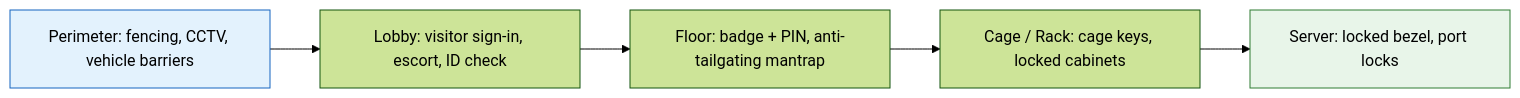
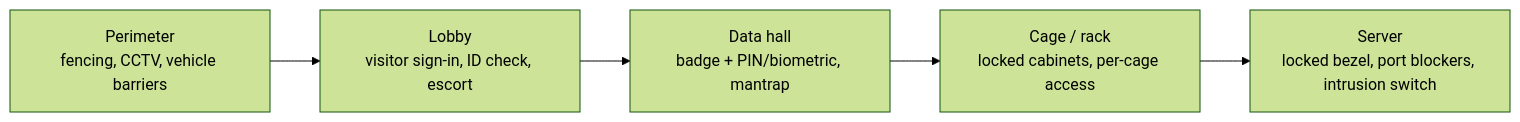
Before and after one commit to AndrewAltimit/Documentation: the sixth of 6 diagrams in github-pages/docs/technology/cybersecurity/attacks-and-defense.md, drawn with Mermaid (forest theme). The commit also changed other lines of this file and 240 other files, not shown here.

````diff
--- a/github-pages/docs/technology/cybersecurity/attacks-and-defense.md
+++ b/github-pages/docs/technology/cybersecurity/attacks-and-defense.md
@@ -386,9 +380,7 @@
 ```mermaid
 flowchart LR
-    P["Perimeter: fencing, CCTV, vehicle barriers"] --> L["Lobby: visitor sign-in, escort, ID check"]
-    L --> F["Floor: badge + PIN, anti-tailgating mantrap"]
-    F --> C["Cage / Rack: cage keys, locked cabinets"]
-    C --> S["Server: locked bezel, port locks"]
-    style P fill:#e3f2fd,stroke:#1565c0
-    style S fill:#e8f5e9,stroke:#2e7d32
+    P["Perimeter<br/>fencing, CCTV, vehicle barriers"] --> L["Lobby<br/>visitor sign-in, ID check, escort"]
+    L --> F["Data hall<br/>badge + PIN/biometric, mantrap"]
+    F --> C["Cage / rack<br/>locked cabinets, per-cage access"]
+    C --> S["Server<br/>locked bezel, port blockers, intrusion switch"]
 ```
````
